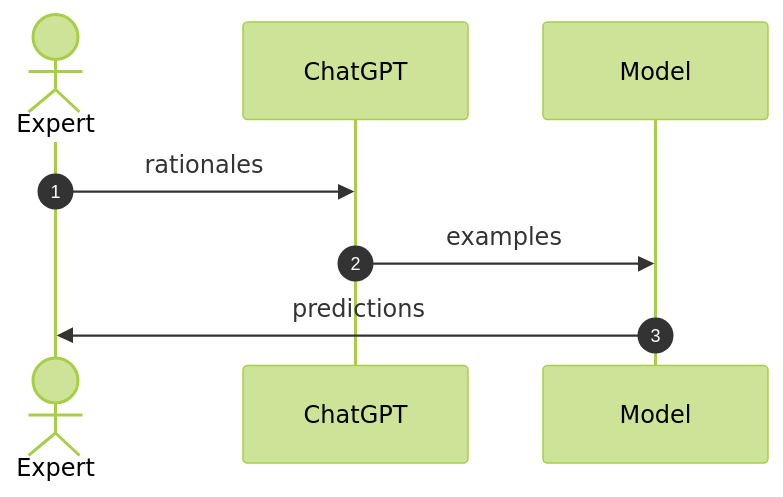
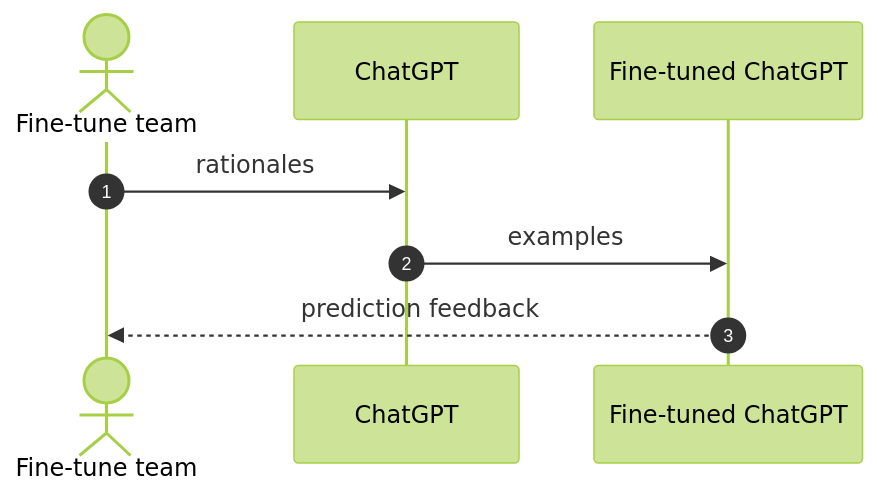
One commit to borisdev/research changed the second of 2 diagrams in tune-chatgpt/README.md. Above: the diagram before and after it, drawn with Mermaid (forest theme). The commit also changed other lines of this file, not shown here.

Commit message:
better sequence diagram

````diff
--- a/tune-chatgpt/README.md
+++ b/tune-chatgpt/README.md
@@ -53,10 +53,10 @@
 ```mermaid
 sequenceDiagram
     autonumber
-    actor E as Expert
+    actor E as Fine-tune team
     participant LLM as ChatGPT
-    participant M as Model
+    participant M as Fine-tuned ChatGPT
     E->>LLM: rationales
     LLM->>M: examples
-    M->>E: predictions
+    M-->>E: prediction feedback
 ```
````
